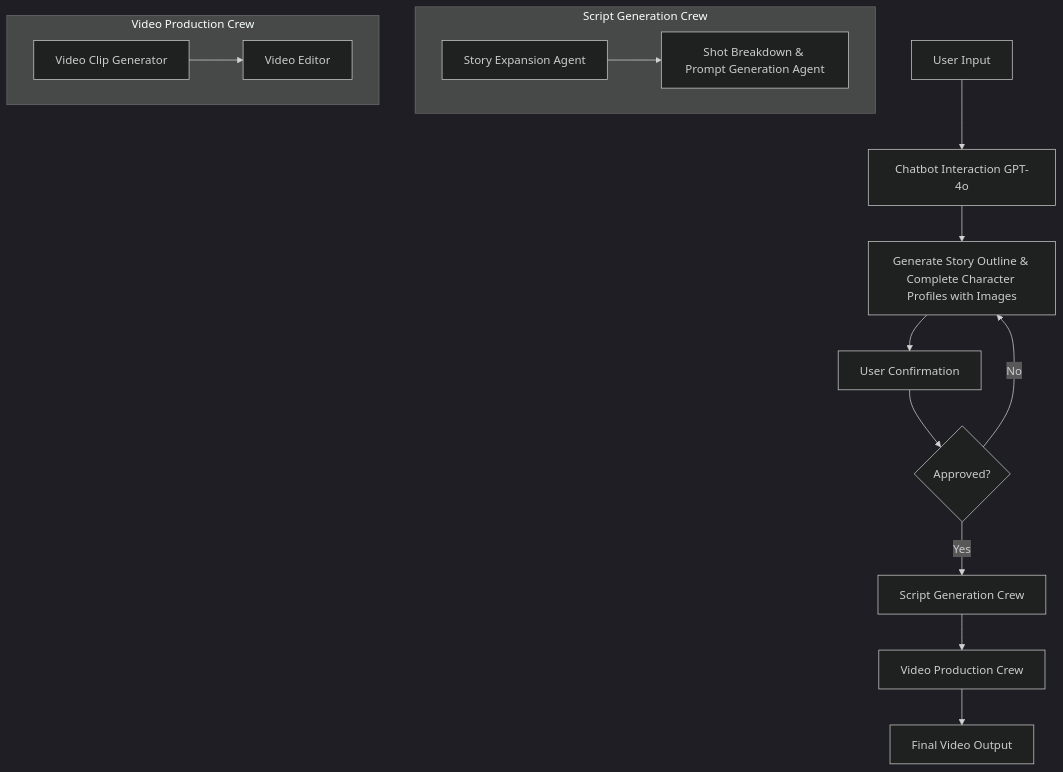
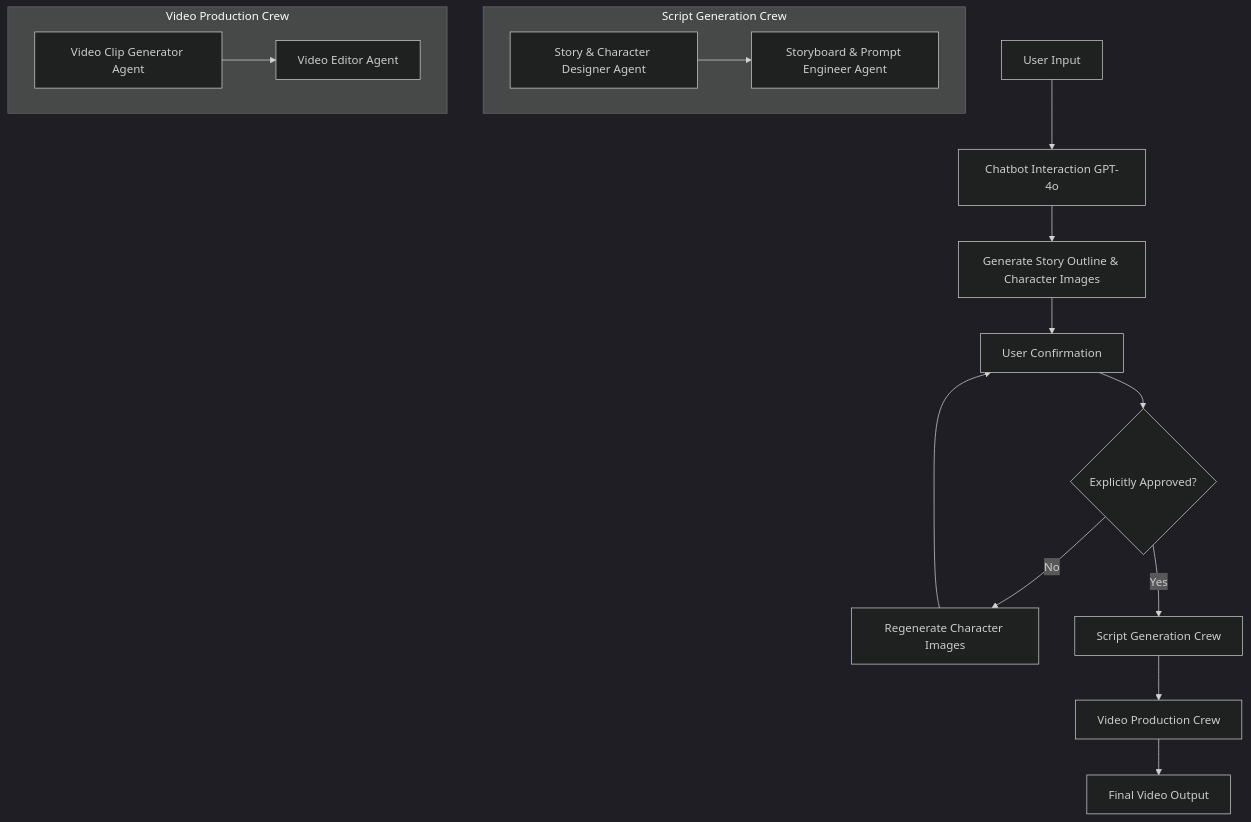
The diagram in .kiro/specs/ai-video-generation-pipeline/design.md (AlexCao911/spark), drawn with Mermaid (dark theme) before and after one commit. The commit also changed other lines of this file and 29 other files, not shown here.

````diff
--- a/.kiro/specs/ai-video-generation-pipeline/design.md
+++ b/.kiro/specs/ai-video-generation-pipeline/design.md
@@ -17,23 +17,24 @@
 ```mermaid
 graph TD
     A[User Input] --> B[Chatbot Interaction GPT-4o]
-    B --> C[Generate Story Outline & Complete Character Profiles with Images]
+    B --> C[Generate Story Outline & Character Images]
     C --> D[User Confirmation]
-    D --> E{Approved?}
-    E -->|No| C
-    E -->|Yes| F[Script Generation Crew]
-    F --> G[Video Production Crew]
-    G --> H[Final Video Output]
+    D --> E{Explicitly Approved?}
+    E -->|No| F[Regenerate Character Images]
+    F --> D
+    E -->|Yes| G[Script Generation Crew]
+    G --> H[Video Production Crew]
+    H --> I[Final Video Output]
     
     subgraph "Script Generation Crew"
-        F1[Story Expansion Agent]
-        F2[Shot Breakdown & Prompt Generation Agent]
-        F1 --> F2
+        G1[Story & Character Designer Agent]
+        G2[Storyboard & Prompt Engineer Agent]
+        G1 --> G2
     end
     
     subgraph "Video Production Crew"
-        G1[Video Clip Generator]
-        G2[Video Editor]
-        G1 --> G2
+        H1[Video Clip Generator Agent]
+        H2[Video Editor Agent]
+        H1 --> H2
     end
 ```
````
